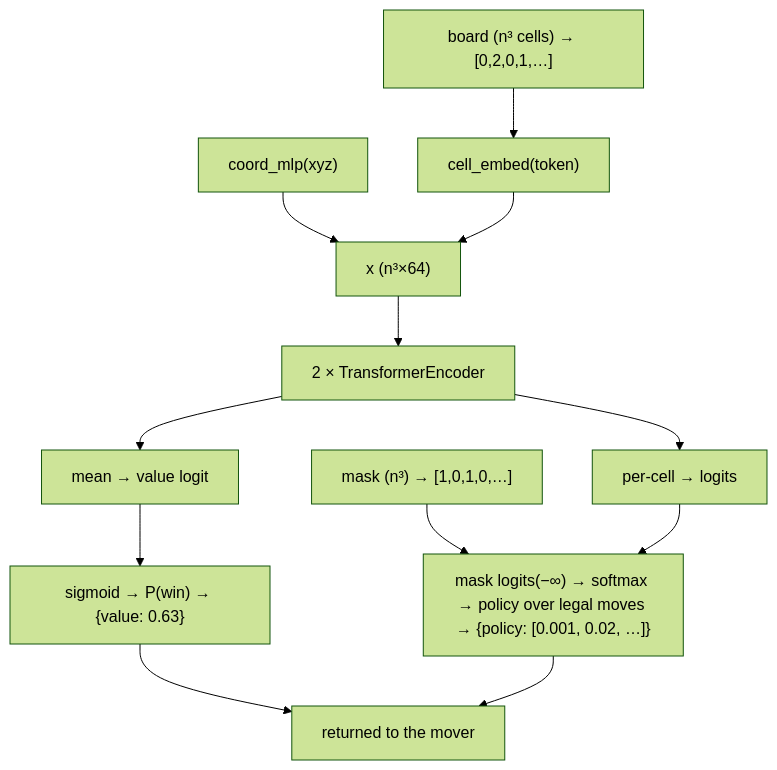
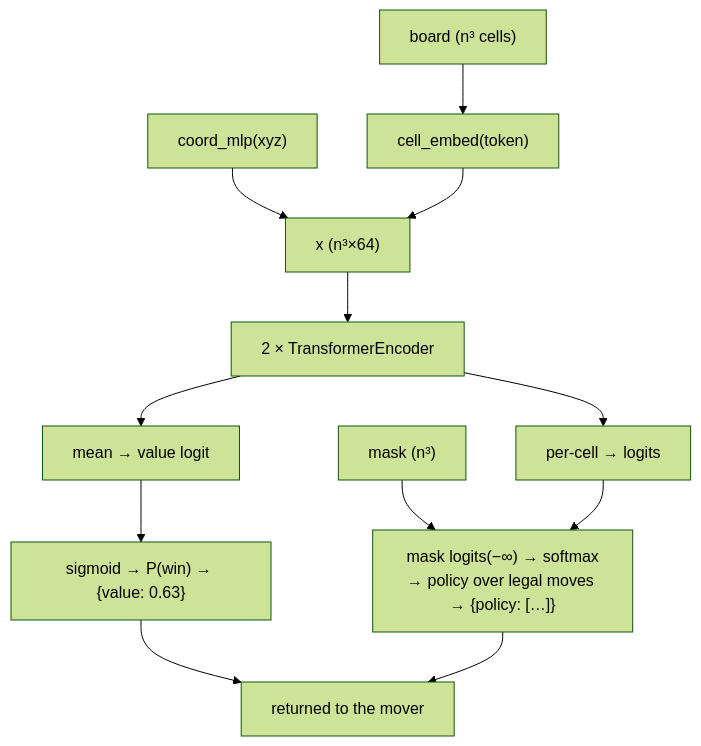
Before and after one commit to darkslayer-ns/3d-tiktactoe: the eighth of 12 diagrams in README.md, drawn with Mermaid (forest theme). The commit also changed other lines of this file, not shown here.

First line of the commit message:
docs: compact mermaid labels + Go-solver dataset generation

````diff
--- a/README.md
+++ b/README.md
@@ -318,14 +345,15 @@
 ```mermaid
 flowchart TD
-    B["board (n³ cells) → [0,2,0,1,…]"] --> CE["cell_embed(token)"]
+    B["board (n³ cells)"] --> CE["cell_embed(token)"]
     CO["coord_mlp(xyz)"] --> X["x (n³×64)"]
     CE --> X
     X --> TE["2 × TransformerEncoder"]
     TE --> MN["mean → value logit"]
     TE --> PC["per-cell → logits"]
     MN --> SG["sigmoid → P(win) → {value: 0.63}"]
-    M["mask (n³) → [1,0,1,0,…]"] --> MS["mask logits(−∞) → softmax → policy over legal moves → {policy: [0.001, 0.02, …]}"]
+    M["mask (n³)"] --> MS["mask logits(−∞) → softmax<br/>→ policy over legal moves → {policy: […]}"]
+
     PC --> MS
     SG --> RT["returned to the mover"]
     MS --> RT
 ```
````
